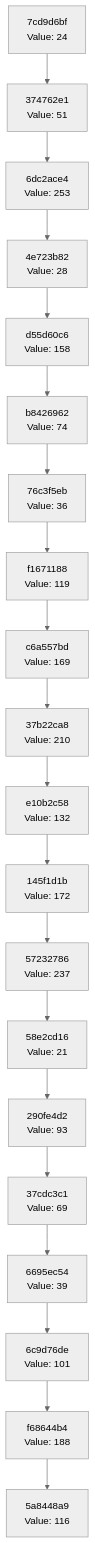
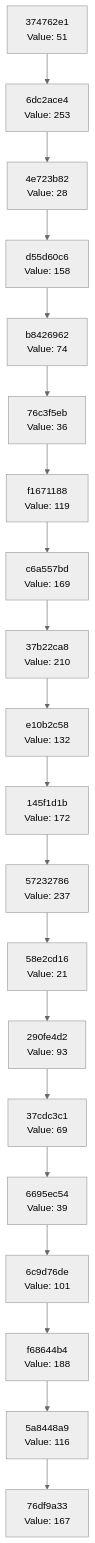
One commit to Abhisheksinha1506/hash-chain-evolver changed the diagram in docs/CHAIN_VISUALIZATION.md. Above: the diagram before and after it, drawn with Mermaid (neutral theme). The commit also changed 2 other files, not shown here.

Commit message:
Evolution step: hash 0xA7 → action executed

````diff
--- a/docs/CHAIN_VISUALIZATION.md
+++ b/docs/CHAIN_VISUALIZATION.md
@@ -3,42 +3,42 @@
 ```mermaid
 graph TD
-    C0["5a8448a9<br/>Value: 116"]
-    C1["f68644b4<br/>Value: 188"]
+    C0["76df9a33<br/>Value: 167"]
+    C1["5a8448a9<br/>Value: 116"]
     C1 --> C0
-    C2["6c9d76de<br/>Value: 101"]
+    C2["f68644b4<br/>Value: 188"]
     C2 --> C1
-    C3["6695ec54<br/>Value: 39"]
+    C3["6c9d76de<br/>Value: 101"]
     C3 --> C2
-    C4["37cdc3c1<br/>Value: 69"]
+    C4["6695ec54<br/>Value: 39"]
     C4 --> C3
-    C5["290fe4d2<br/>Value: 93"]
+    C5["37cdc3c1<br/>Value: 69"]
     C5 --> C4
-    C6["58e2cd16<br/>Value: 21"]
+    C6["290fe4d2<br/>Value: 93"]
     C6 --> C5
-    C7["57232786<br/>Value: 237"]
+    C7["58e2cd16<br/>Value: 21"]
     C7 --> C6
-    C8["145f1d1b<br/>Value: 172"]
+    C8["57232786<br/>Value: 237"]
     C8 --> C7
-    C9["e10b2c58<br/>Value: 132"]
+    C9["145f1d1b<br/>Value: 172"]
     C9 --> C8
-    C10["37b22ca8<br/>Value: 210"]
+    C10["e10b2c58<br/>Value: 132"]
     C10 --> C9
-    C11["c6a557bd<br/>Value: 169"]
+    C11["37b22ca8<br/>Value: 210"]
     C11 --> C10
-    C12["f1671188<br/>Value: 119"]
+    C12["c6a557bd<br/>Value: 169"]
     C12 --> C11
-    C13["76c3f5eb<br/>Value: 36"]
+    C13["f1671188<br/>Value: 119"]
     C13 --> C12
-    C14["b8426962<br/>Value: 74"]
+    C14["76c3f5eb<br/>Value: 36"]
     C14 --> C13
-    C15["d55d60c6<br/>Value: 158"]
+    C15["b8426962<br/>Value: 74"]
     C15 --> C14
-    C16["4e723b82<br/>Value: 28"]
+    C16["d55d60c6<br/>Value: 158"]
     C16 --> C15
-    C17["6dc2ace4<br/>Value: 253"]
+    C17["4e723b82<br/>Value: 28"]
     C17 --> C16
-    C18["374762e1<br/>Value: 51"]
+    C18["6dc2ace4<br/>Value: 253"]
     C18 --> C17
-    C19["7cd9d6bf<br/>Value: 24"]
+    C19["374762e1<br/>Value: 51"]
     C19 --> C18
 ```
````
